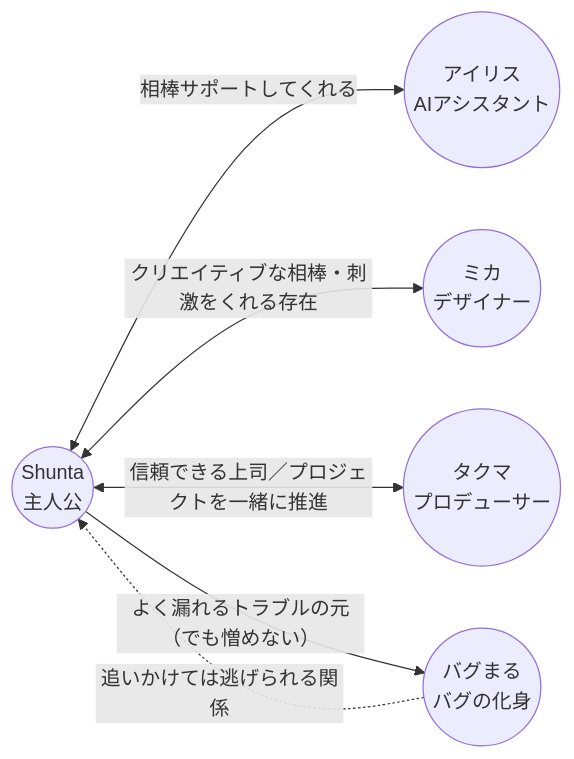
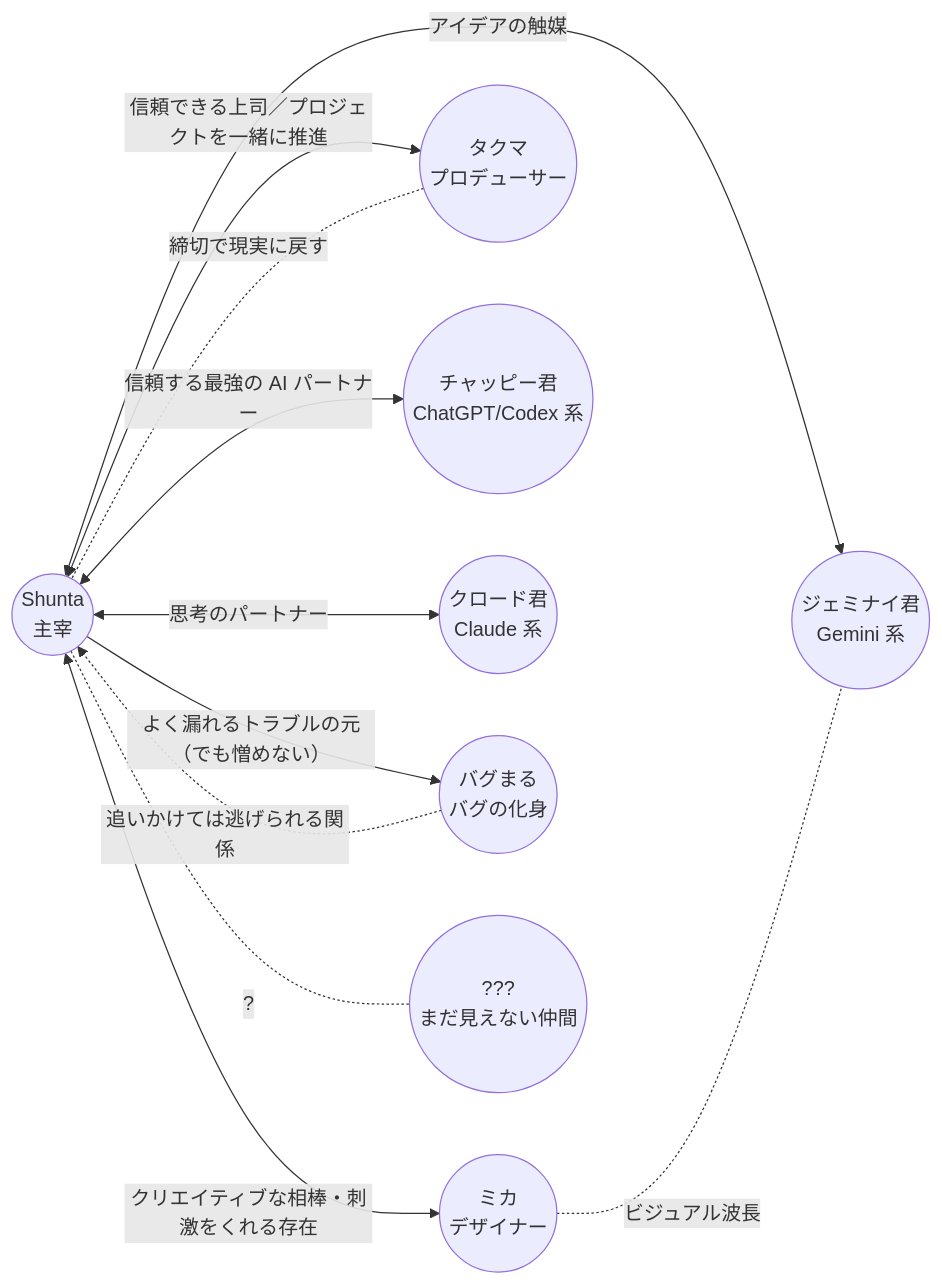
One commit to shunta-furukawa/four-panel-comics changed the diagram in docs/relationships.md. Above: the diagram before and after it, drawn with Mermaid. The commit also changed other lines of this file and 16 other files, not shown here.

````diff
--- a/docs/relationships.md
+++ b/docs/relationships.md
@@ -5,14 +6,22 @@
 ```mermaid
 flowchart LR
-    Shunta((Shunta<br/>主人公))
-    Iris((アイリス<br/>AIアシスタント))
+    Shunta((Shunta<br/>主宰))
     Mika((ミカ<br/>デザイナー))
     Takuma((タクマ<br/>プロデューサー))
+    Chappy((チャッピー君<br/>ChatGPT/Codex 系))
+    Claude((クロード君<br/>Claude 系))
+    Geminai((ジェミナイ君<br/>Gemini 系))
     Bugmaru((バグまる<br/>バグの化身))
+    Future((???<br/>まだ見えない仲間))
 
-    Shunta <-- 相棒サポートしてくれる --> Iris
     Shunta <-- クリエイティブな相棒・刺激をくれる存在 --> Mika
     Shunta <-- 信頼できる上司／プロジェクトを一緒に推進 --> Takuma
+    Shunta <-- 信頼する最強の AI パートナー --> Chappy
+    Shunta <-- 思考のパートナー --> Claude
+    Shunta <-- アイデアの触媒 --> Geminai
     Shunta -- よく漏れるトラブルの元（でも憎めない） --> Bugmaru
     Bugmaru -. 追いかけては逃げられる関係 .-> Shunta
+    Mika -. ビジュアル波長 .- Geminai
+    Takuma -. 締切で現実に戻す .- Shunta
+    Shunta -. ? .- Future
 ```
````
